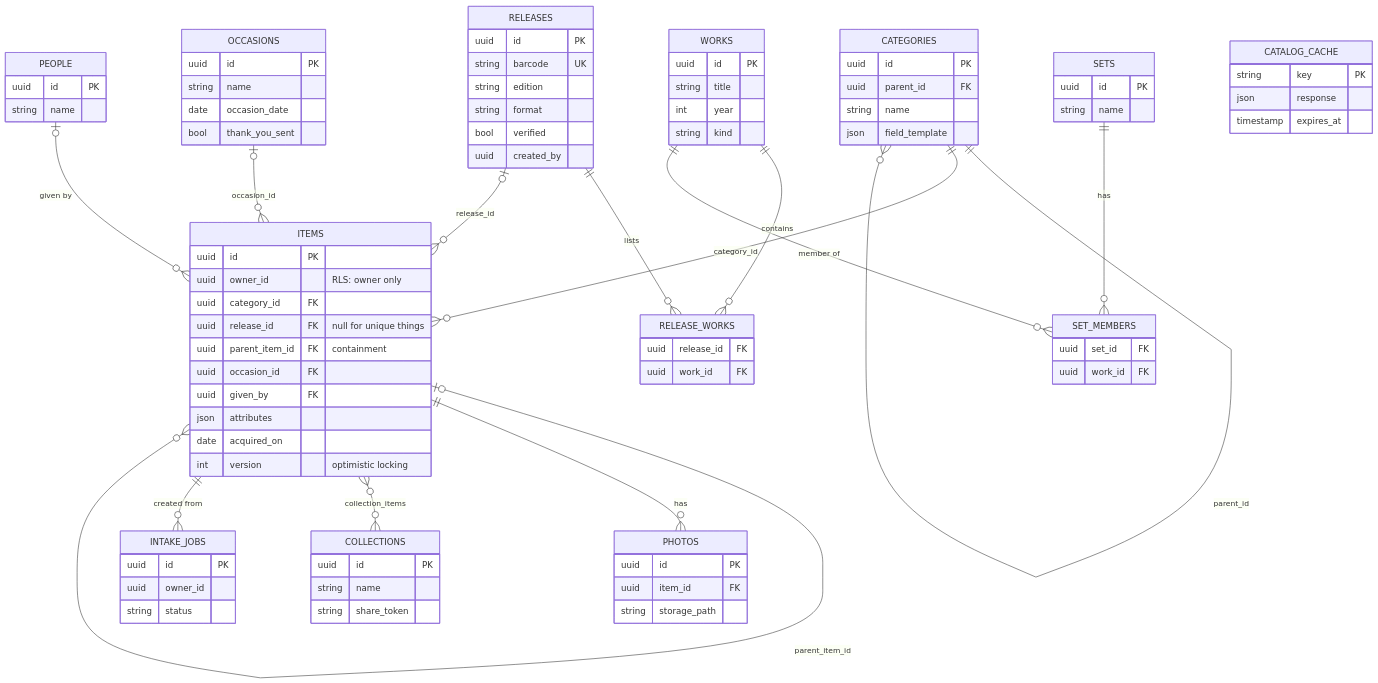
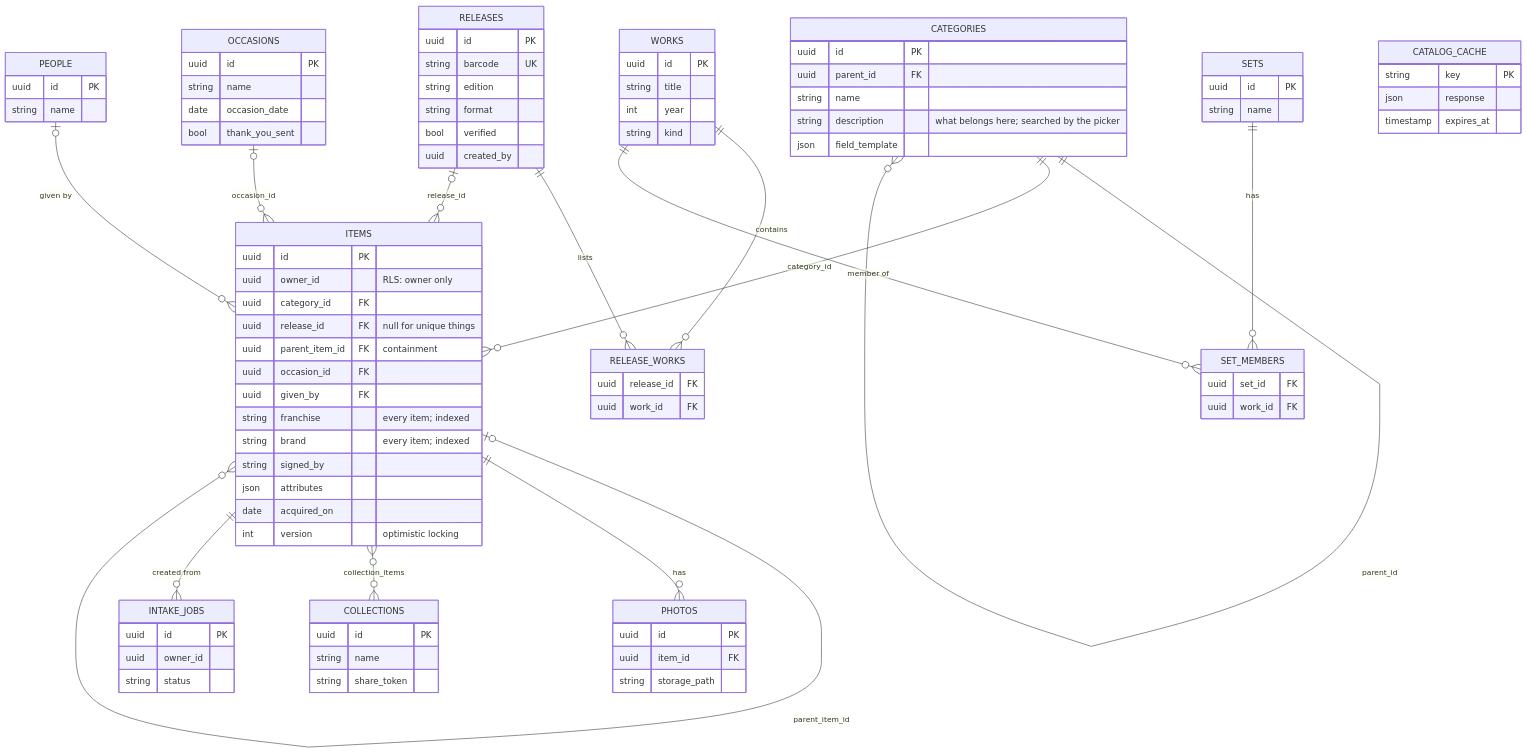
Before and after one commit to EthanHilton3/provenance: the first of 2 diagrams in docs/DESIGN.md, drawn with Mermaid. The commit also changed other lines of this file and 1 other file, not shown here.

```diff
--- a/docs/DESIGN.md
+++ b/docs/DESIGN.md
@@ -95,6 +95,7 @@
         uuid id PK
         uuid parent_id FK
         string name
+        string description "what belongs here; searched by the picker"
         json field_template
     }
     WORKS {
@@ -123,6 +124,9 @@
         uuid parent_item_id FK "containment"
         uuid occasion_id FK
         uuid given_by FK
+        string franchise "every item; indexed"
+        string brand "every item; indexed"
+        string signed_by
         json attributes
         date acquired_on
         int version "optimistic locking"
```
